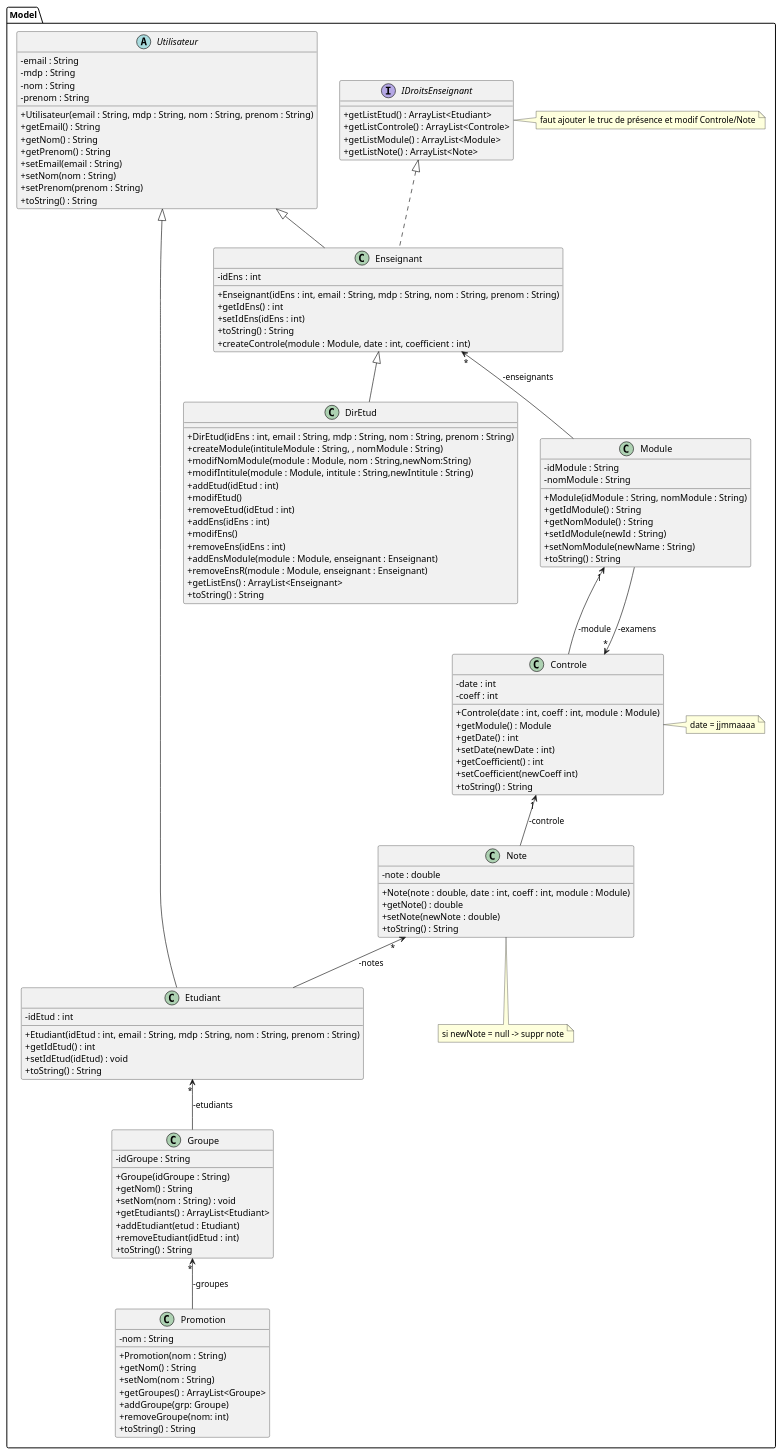
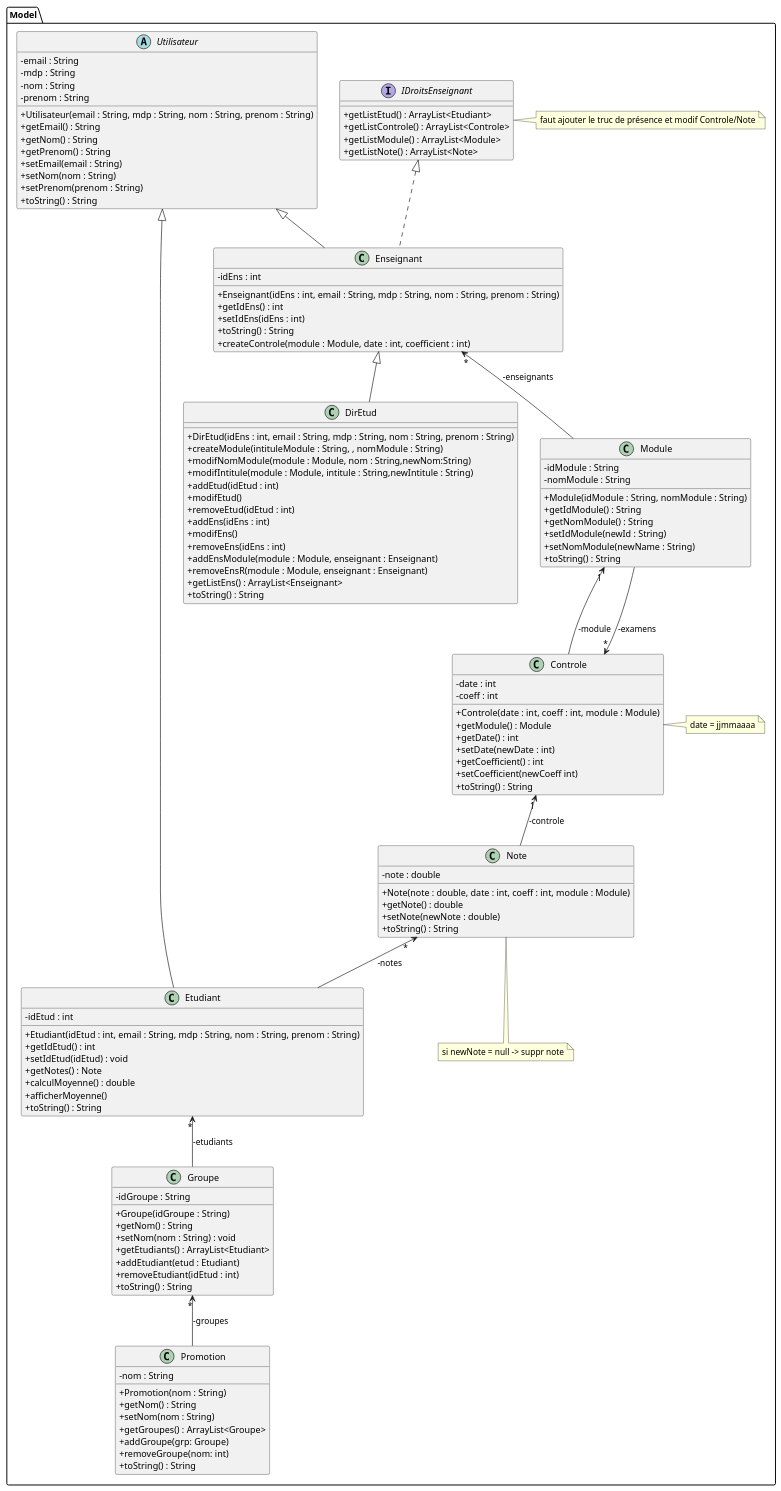
Before and after one commit to Lohasta/Kallax: the diagram in s201_UML.md, drawn with PlantUML.

Commit message:
Update file s201_UML.md

```diff
--- a/s201_UML.md
+++ b/s201_UML.md
@@ -33,6 +33,9 @@
 +Etudiant(idEtud : int, email : String, mdp : String, nom : String, prenom : String)
 +getIdEtud() : int
 +setIdEtud(idEtud) : void
++getNotes() : Note
++calculMoyenne() : double
++afficherMoyenne()
 +toString() : String
 }
 class Enseignant{
```
